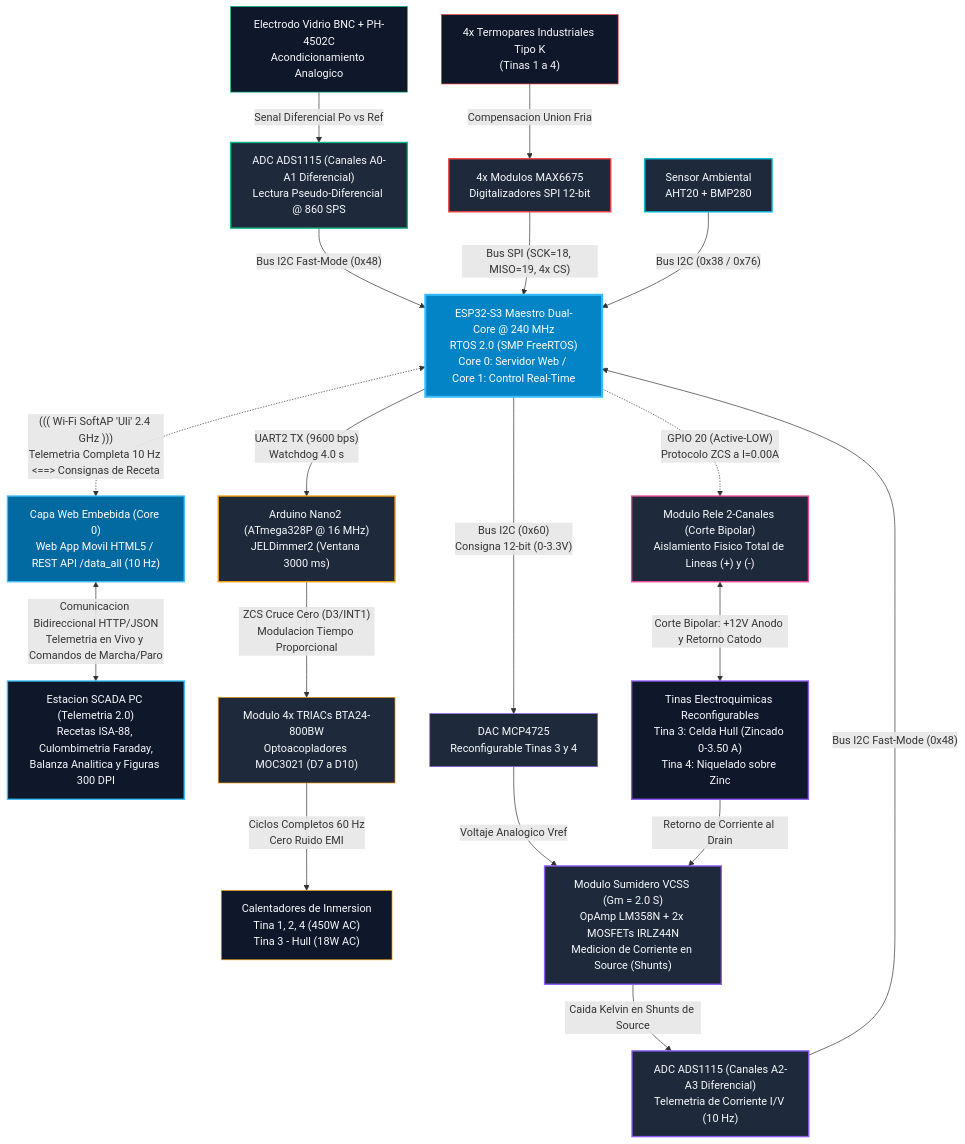
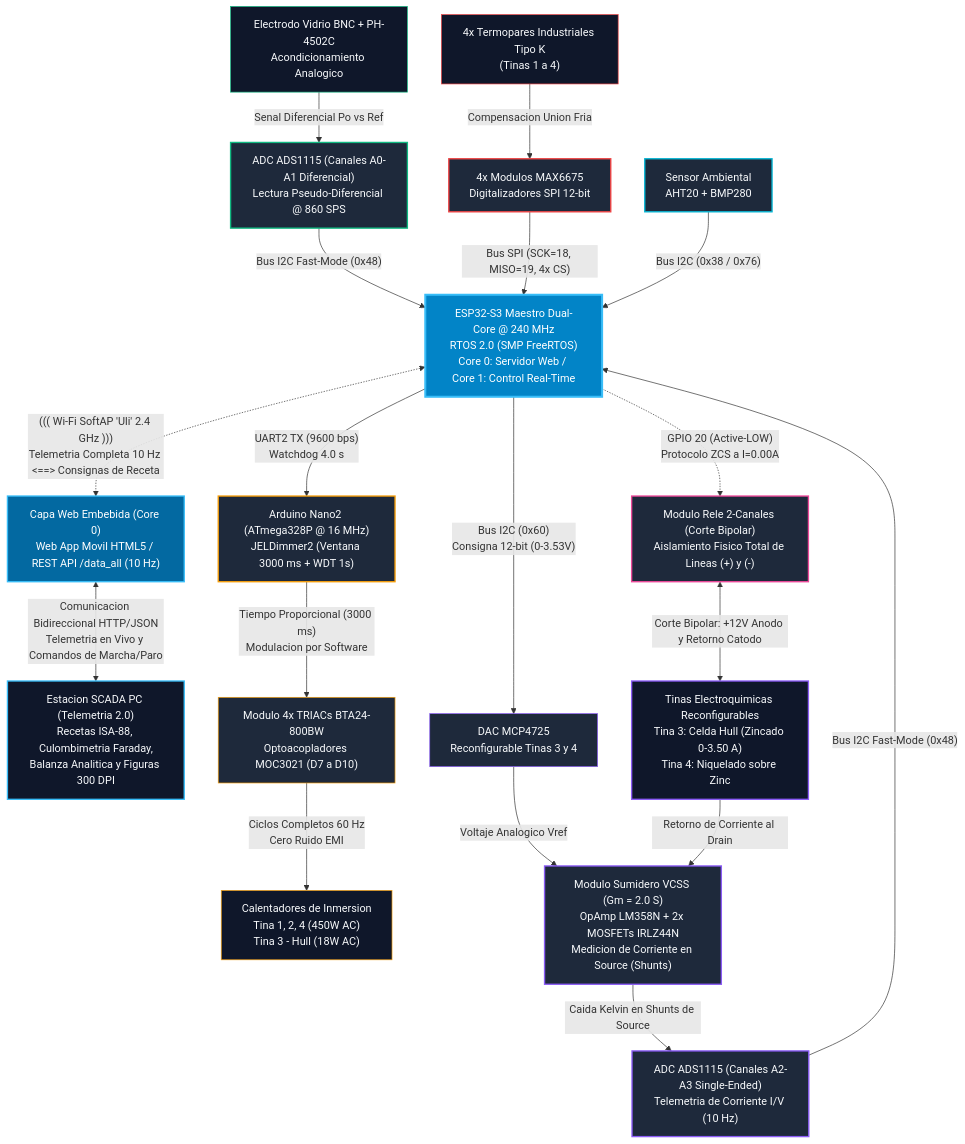
Before and after one commit to Chavacastro98/Proyecto: the diagram in README.md, drawn with Mermaid. The commit also changed other lines of this file and 12 other files, not shown here.

````diff
--- a/README.md
+++ b/README.md
@@ -39,61 +39,61 @@
 ```mermaid
 flowchart TD
     %% CAPA SUPERIOR: RED INALAMBRICA Y SUPERVISION
     SCADA["Estacion SCADA PC (Telemetria 2.0)<br/>Recetas ISA-88, Culombimetria Faraday,<br/>Balanza Analitica y Figuras 300 DPI"]
     WEB["Capa Web Embebida (Core 0)<br/>Web App Movil HTML5 / REST API /data_all (10 Hz)"]
 
     %% NODO CENTRAL ORQUESTADOR
     ESP["ESP32-S3 Maestro Dual-Core @ 240 MHz<br/>RTOS 2.0 (SMP FreeRTOS)<br/>Core 0: Servidor Web / Core 1: Control Real-Time"]
 
     %% ENLACE INALÁMBRICO BIDIRECCIONAL (HACIA ARRIBA)
     ESP <.->|"((( Wi-Fi SoftAP 'Uli' 2.4 GHz )))<br/>Telemetria Completa 10 Hz <==> Consignas de Receta"| WEB
     WEB <-->|"Comunicacion Bidireccional HTTP/JSON<br/>Telemetria en Vivo y Comandos de Marcha/Paro"| SCADA
 
     %% RAMA 1: CONTROL TERMICO AC (EN CASCADA)
-    ESP -->|"UART2 TX (9600 bps)<br/>Watchdog 4.0 s"| NANO["Arduino Nano2 (ATmega328P @ 16 MHz)<br/>JELDimmer2 (Ventana 3000 ms)"]
-    NANO -->|"ZCS Cruce Cero (D3/INT1)<br/>Modulacion Tiempo Proporcional"| TRIACS["Modulo 4x TRIACs BTA24-800BW<br/>Optoacopladores MOC3021 (D7 a D10)"]
+    ESP -->|"UART2 TX (9600 bps)<br/>Watchdog 4.0 s"| NANO["Arduino Nano2 (ATmega328P @ 16 MHz)<br/>JELDimmer2 (Ventana 3000 ms + WDT 1s)"]
+    NANO -->|"Tiempo Proporcional (3000 ms)<br/>Modulacion por Software"| TRIACS["Modulo 4x TRIACs BTA24-800BW<br/>Optoacopladores MOC3021 (D7 a D10)"]
     TRIACS -->|"Ciclos Completos 60 Hz<br/>Cero Ruido EMI"| CALENTADORES["Calentadores de Inmersion<br/>Tina 1, 2, 4 (450W AC)<br/>Tina 3 - Hull (18W AC)"]
 
     %% RAMA 2: CORRIENTE GALVANICA VCSS (CORTE BIPOLAR + Y -)
-    ESP -->|"Bus I2C (0x60)<br/>Consigna 12-bit (0-3.3V)"| DAC["DAC MCP4725<br/>Reconfigurable Tinas 3 y 4"]
+    ESP -->|"Bus I2C (0x60)<br/>Consigna 12-bit (0-3.53V)"| DAC["DAC MCP4725<br/>Reconfigurable Tinas 3 y 4"]
     DAC -->|"Voltaje Analogico Vref"| VCSS["Modulo Sumidero VCSS (Gm = 2.0 S)<br/>OpAmp LM358N + 2x MOSFETs IRLZ44N<br/>Medicion de Corriente en Source (Shunts)"]
     ESP -.->|"GPIO 20 (Active-LOW)<br/>Protocolo ZCS a I=0.00A"| RELE["Modulo Rele 2-Canales (Corte Bipolar)<br/>Aislamiento Fisico Total de Lineas (+) y (-)"]
     RELE <-->|"Corte Bipolar: +12V Anodo y Retorno Catodo"| CELDA["Tinas Electroquimicas Reconfigurables<br/>Tina 3: Celda Hull (Zincado 0-3.50 A)<br/>Tina 4: Niquelado sobre Zinc"]
     CELDA -->|"Retorno de Corriente al Drain"| VCSS
-    VCSS -->|"Caida Kelvin en Shunts de Source"| ADS_CURRENT["ADC ADS1115 (Canales A2-A3 Diferencial)<br/>Telemetria de Corriente I/V (10 Hz)"]
+    VCSS -->|"Caida Kelvin en Shunts de Source"| ADS_CURRENT["ADC ADS1115 (Canales A2-A3 Single-Ended)<br/>Telemetria de Corriente I/V (10 Hz)"]
     ADS_CURRENT -->|"Bus I2C Fast-Mode (0x48)"| ESP
 
     %% RAMA 3: INSTRUMENTACION PH
     ELECTRODO["Electrodo Vidrio BNC + PH-4502C<br/>Acondicionamiento Analogico"] -->|"Senal Diferencial Po vs Ref"| ADS_PH["ADC ADS1115 (Canales A0-A1 Diferencial)<br/>Lectura Pseudo-Diferencial @ 860 SPS"]
     ADS_PH -->|"Bus I2C Fast-Mode (0x48)"| ESP
 
     %% RAMA 4: TERMOMETRIA
     TERMOS["4x Termopares Industriales Tipo K<br/>(Tinas 1 a 4)"] -->|"Compensacion Union Fria"| MAXS["4x Modulos MAX6675<br/>Digitalizadores SPI 12-bit"]
     MAXS -->|"Bus SPI (SCK=18, MISO=19, 4x CS)"| ESP
 
     %% RAMA 5: AMBIENTE
     AMB["Sensor Ambiental<br/>AHT20 + BMP280"] -->|"Bus I2C (0x38 / 0x76)"| ESP
 
     %% ESTILOS VISUALES
     style ESP fill:#0284c7,stroke:#38bdf8,stroke-width:3px,color:#ffffff
     style SCADA fill:#0f172a,stroke:#38bdf8,stroke-width:2px,color:#f8fafc
     style WEB fill:#0369a1,stroke:#38bdf8,stroke-width:2px,color:#ffffff
 
     style NANO fill:#1e293b,stroke:#f59e0b,stroke-width:2px,color:#f8fafc
     style TRIACS fill:#1e293b,stroke:#f59e0b,stroke-width:1px,color:#f8fafc
     style CALENTADORES fill:#0f172a,stroke:#f59e0b,stroke-width:1px,color:#f8fafc
 
     style DAC fill:#1e293b,stroke:#8b5cf6,stroke-width:1px,color:#f8fafc
     style VCSS fill:#1e293b,stroke:#8b5cf6,stroke-width:2px,color:#f8fafc
     style RELE fill:#1e293b,stroke:#ec4899,stroke-width:2px,color:#f8fafc
     style CELDA fill:#0f172a,stroke:#8b5cf6,stroke-width:2px,color:#f8fafc
     style ADS_CURRENT fill:#1e293b,stroke:#8b5cf6,stroke-width:2px,color:#f8fafc
 
     style ELECTRODO fill:#0f172a,stroke:#10b981,stroke-width:1px,color:#f8fafc
     style ADS_PH fill:#1e293b,stroke:#10b981,stroke-width:2px,color:#f8fafc
 
     style TERMOS fill:#0f172a,stroke:#ef4444,stroke-width:1px,color:#f8fafc
     style MAXS fill:#1e293b,stroke:#ef4444,stroke-width:2px,color:#f8fafc
 
     style AMB fill:#1e293b,stroke:#06b6d4,stroke-width:2px,color:#f8fafc
 ```
````
